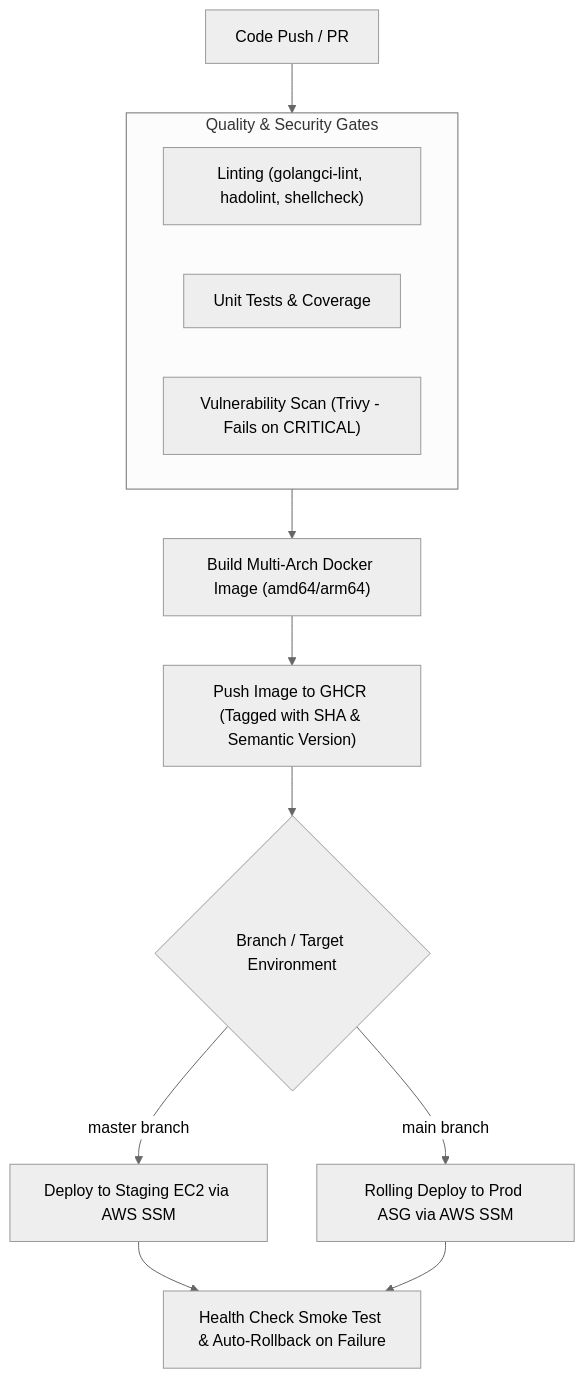
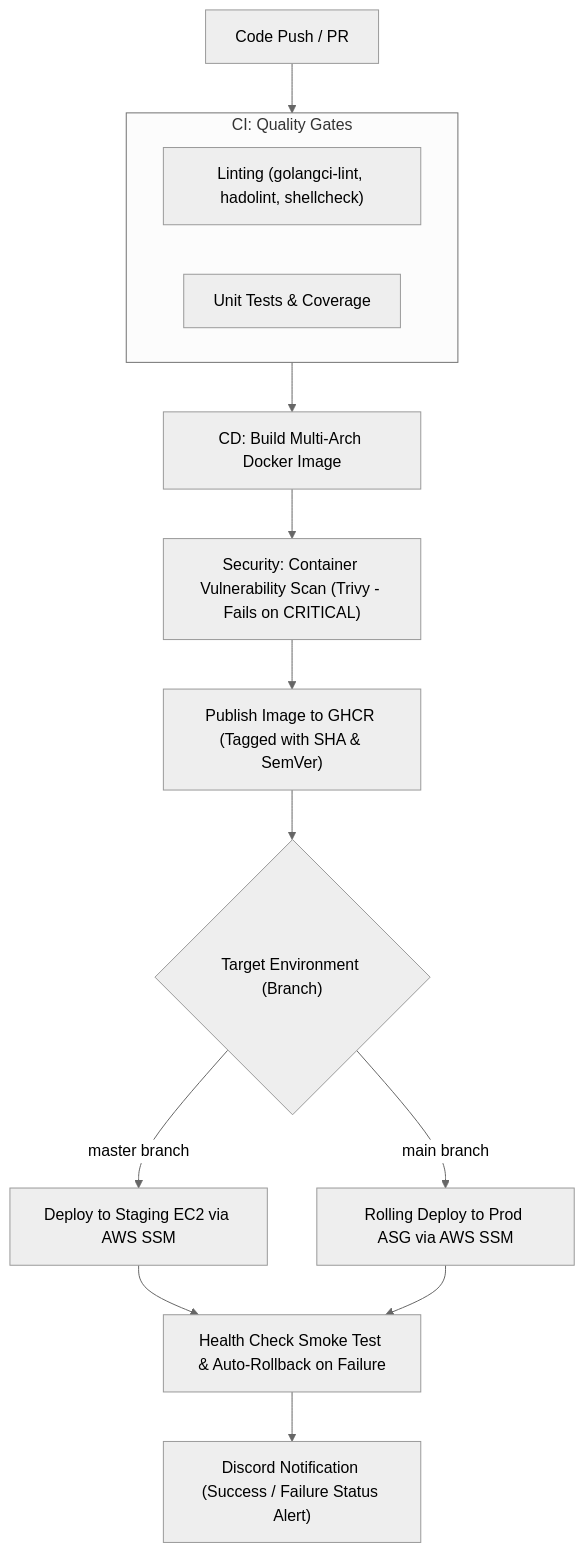
Before and after one commit to devlopersabbir/devops-assessment: the diagram in README.md, drawn with Mermaid (neutral theme). The commit also changed other lines of this file, not shown here.

Commit message:
docs: update CI/CD flowchart and architecture details in README

````diff
--- a/README.md
+++ b/README.md
@@ -56,16 +56,17 @@
 ```mermaid
 flowchart TD
-    A["Code Push / PR"] --> B["Quality & Security Gates"]
-    subgraph B ["Quality & Security Gates"]
+    A["Code Push / PR"] --> B["Quality & Code Gates"]
+    subgraph B ["CI: Quality Gates"]
         B1["Linting (golangci-lint, hadolint, shellcheck)"]
         B2["Unit Tests & Coverage"]
-        B3["Vulnerability Scan (Trivy - Fails on CRITICAL)"]
     end
-    B --> C["Build Multi-Arch Docker Image (amd64/arm64)"]
-    C --> D["Push Image to GHCR (Tagged with SHA & Semantic Version)"]
-    D --> E{"Branch / Target Environment"}
-    E -->|"master branch"| F["Deploy to Staging EC2 via AWS SSM"]
-    E -->|"main branch"| G["Rolling Deploy to Prod ASG via AWS SSM"]
-    F --> H["Health Check Smoke Test & Auto-Rollback on Failure"]
-    G --> H
+    B --> C["CD: Build Multi-Arch Docker Image"]
+    C --> D["Security: Container Vulnerability Scan (Trivy - Fails on CRITICAL)"]
+    D --> E["Publish Image to GHCR (Tagged with SHA & SemVer)"]
+    E --> F{"Target Environment (Branch)"}
+    F -->|"master branch"| G["Deploy to Staging EC2 via AWS SSM"]
+    F -->|"main branch"| H["Rolling Deploy to Prod ASG via AWS SSM"]
+    G --> I["Health Check Smoke Test & Auto-Rollback on Failure"]
+    H --> I
+    I --> J["Discord Notification (Success / Failure Status Alert)"]
 ```
````
